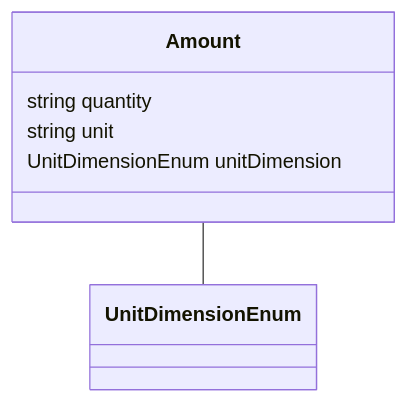
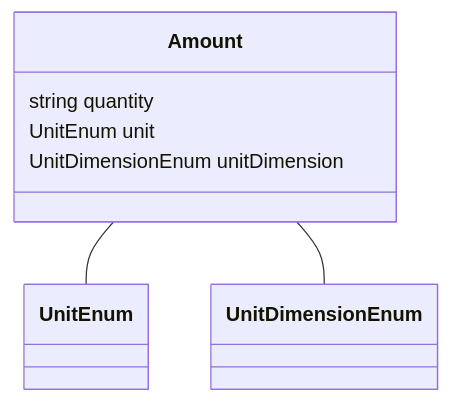
The diagram in datamodel-build/mermaid/Amount.mmd (codexstanford/Insurance-Payout-Ontology), drawn with Mermaid before and after one commit. The commit also changed 105 other files, not shown here.

```diff
--- a/datamodel-build/mermaid/Amount.mmd
+++ b/datamodel-build/mermaid/Amount.mmd
@@ -1,11 +1,12 @@
 classDiagram
-  Amount -- UnitDimensionEnum
+  Amount -- UnitEnum
+Amount -- UnitDimensionEnum
 
 
 class Amount {
 
   string quantity
-  string unit
+  UnitEnum unit
   UnitDimensionEnum unitDimension
 
 }
```
